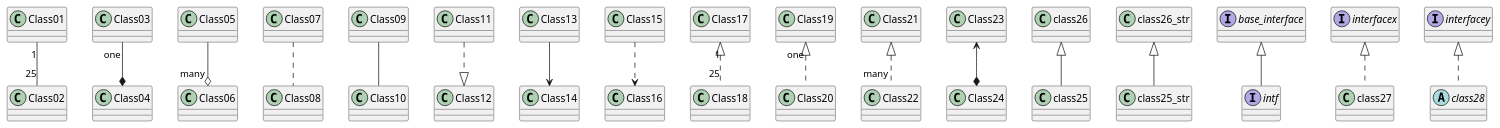
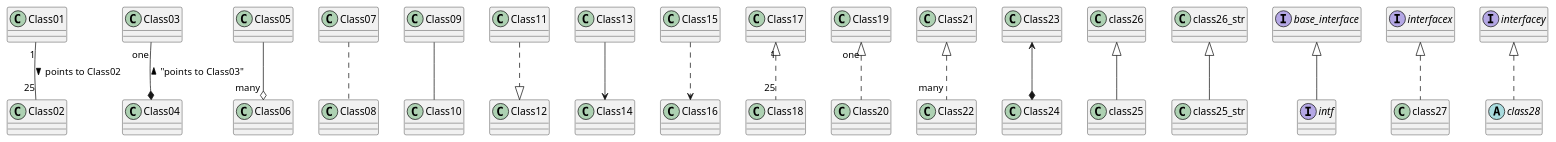
Before and after one commit to Tomas124589/pyplaml: the diagram in examples/03_relations.puml, drawn with PlantUML. The commit also changed 1 other file, not shown here.

```diff
--- a/examples/03_relations.puml
+++ b/examples/03_relations.puml
@@ -1,20 +1,20 @@
 @startuml "Relations"
-Class01 "1" -- "25" Class02
-Class03 "one" --* Class04
+Class01 "1" -- "25" Class02 : > points to Class02
+Class03 "one" --* Class04 : < "points to Class03"
 Class05 --o "many" Class06
 Class07 .. Class08
 Class09 -- Class10
 Class11 ..|> Class12
 Class13 --> Class14
 Class15 ..> Class16
 Class17 "1" <|.. "25" Class18
 Class19 "one" <|.. Class20
 Class21 <|.. "many" Class22
 Class23 <--* Class24
 
 class class25 extends class26
 class "class25_str" extends "class26_str"
 interface intf EXTENDS base_interface
 class class27 implements interfacex
 abstract class28 implements interfacey
 @enduml
```
